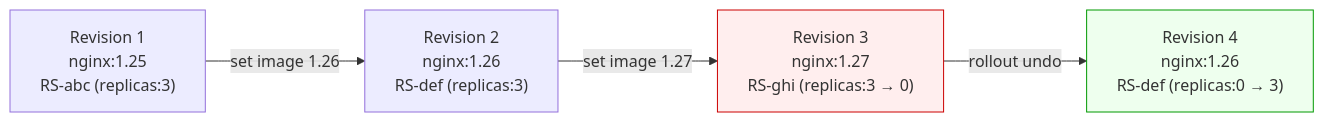
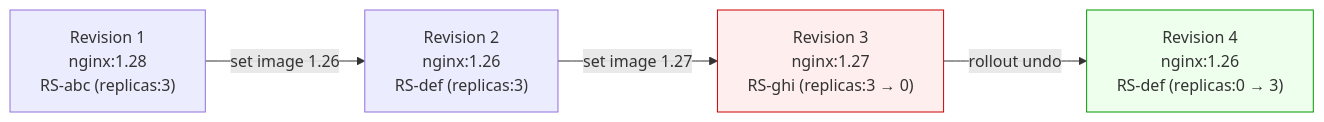
Before and after one commit to Antoine-Flo/kube-mastery: the diagram in src/courses/modules/deployments/04-rollback-and-revision-history/en/content.md, drawn with Mermaid. The commit also changed other lines of this file and 38 other files, not shown here.

````diff
--- a/src/courses/modules/deployments/04-rollback-and-revision-history/en/content.md
+++ b/src/courses/modules/deployments/04-rollback-and-revision-history/en/content.md
@@ -74,14 +74,14 @@
 ```mermaid
 graph LR
-    R1["Revision 1\nnginx:1.25\nRS-abc (replicas:3)"]
+    R1["Revision 1\nnginx:1.28\nRS-abc (replicas:3)"]
     R2["Revision 2\nnginx:1.26\nRS-def (replicas:3)"]
     R3["Revision 3\nnginx:1.27\nRS-ghi (replicas:3 → 0)"]
     R4["Revision 4\nnginx:1.26\nRS-def (replicas:0 → 3)"]
 
     R1 -->|"set image 1.26"| R2
     R2 -->|"set image 1.27"| R3
     R3 -->|"rollout undo"| R4
 
     style R3 fill:#fee,stroke:#c00
     style R4 fill:#efe,stroke:#090
 ```
````
